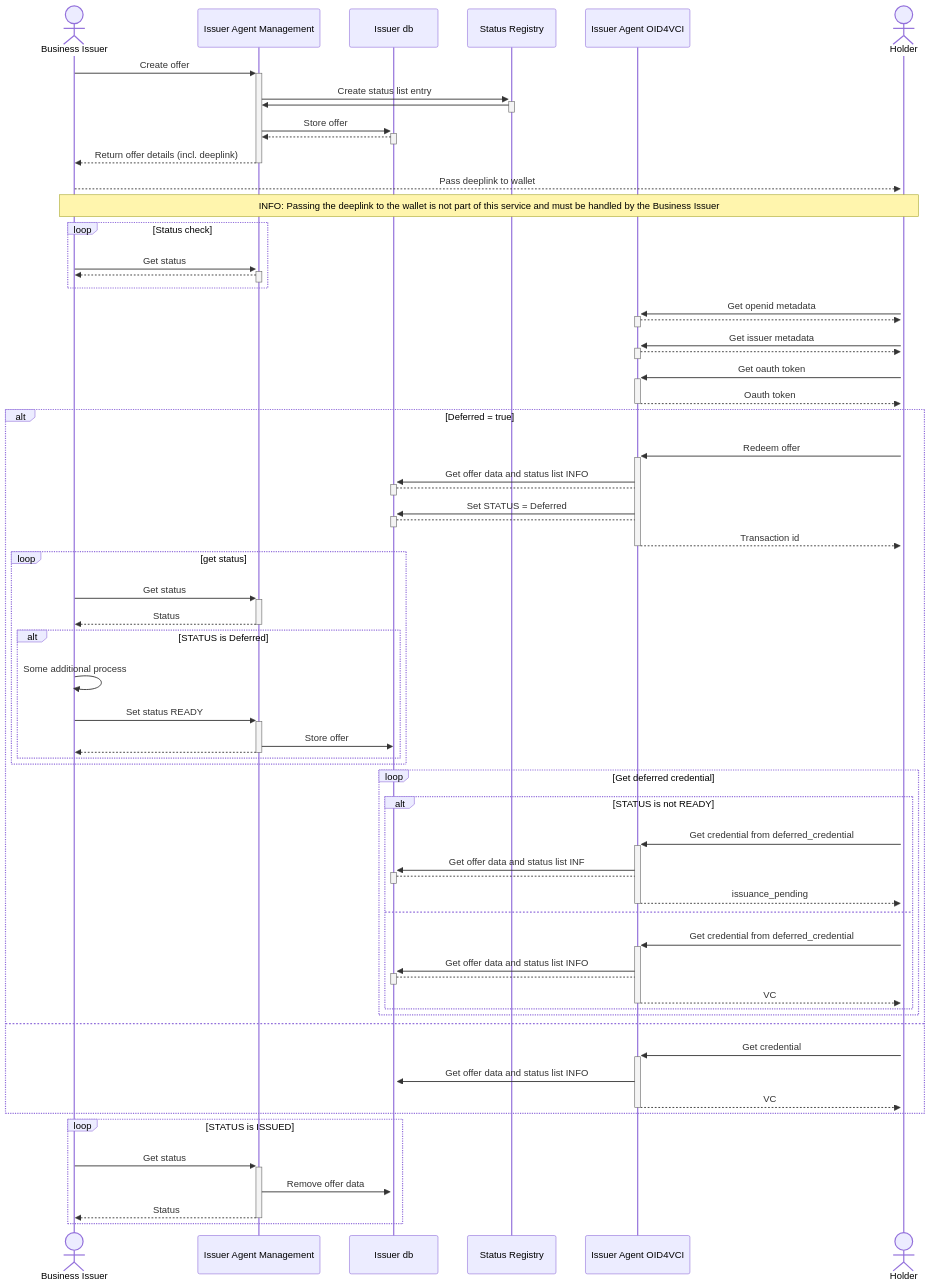
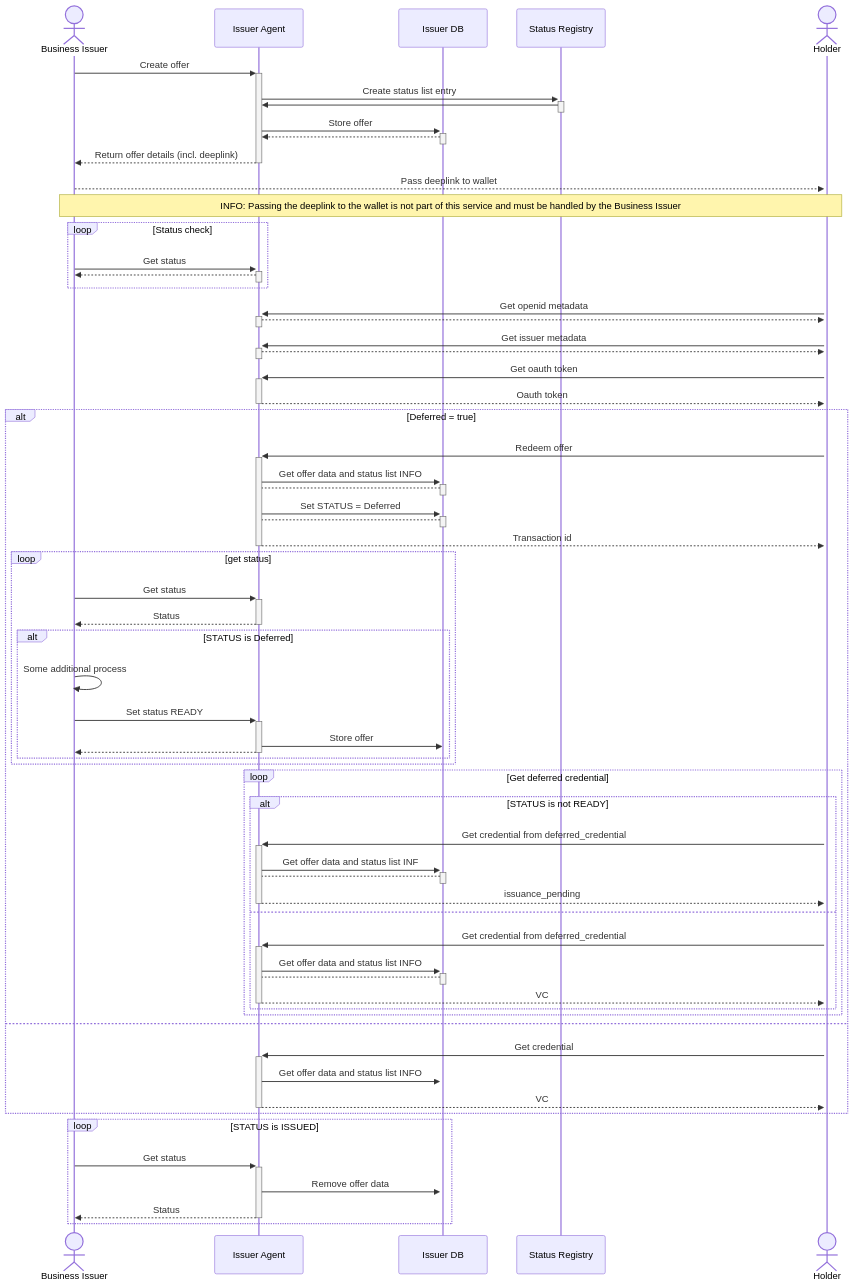
One commit to swiyu-admin-ch/swiyu-issuer changed the third of 4 diagrams in README.md. Above: the diagram before and after it, drawn with Mermaid. The commit also changed other lines of this file, not shown here.

````diff
--- a/README.md
+++ b/README.md
@@ -313,83 +458,82 @@
 sequenceDiagram
     actor BUSINESS as Business Issuer 
 
-    participant MGMT as Issuer Agent Management
-    participant DB as Issuer db
+    participant ISS as Issuer Agent
+    participant DB as Issuer DB
     participant STATUS as Status Registry
-    participant SIGNER as Issuer Agent OID4VCI
 
     actor WALLET as Holder
 
     # Create offer
-    BUSINESS->>+MGMT: Create offer
-    MGMT->>+STATUS: Create status list entry
-    STATUS->>-MGMT: 
-    MGMT->>+DB : Store offer
-    DB-->>-MGMT : 
-    MGMT-->>-BUSINESS : Return offer details (incl. deeplink)
+    BUSINESS->>+ISS: Create offer
+    ISS->>+STATUS: Create status list entry
+    STATUS->>-ISS: 
+    ISS->>+DB : Store offer
+    DB-->>-ISS : 
+    ISS-->>-BUSINESS : Return offer details (incl. deeplink)
 
     # Pass deeplink to WALLET
     BUSINESS-->>+WALLET : Pass deeplink to wallet
     Note over BUSINESS,WALLET: INFO: Passing the deeplink to the wallet is not part of this service and must be handled by the Business Issuer
 
     loop Status check
-        BUSINESS->>+MGMT: Get status
-        MGMT-->>-BUSINESS : 
+        BUSINESS->>+ISS: Get status
+        ISS-->>-BUSINESS : 
     end
 
     # Get credential
-    WALLET->>+SIGNER : Get openid metadata
-    SIGNER-->>-WALLET : 
+    WALLET->>+ISS : Get openid metadata
+    ISS-->>-WALLET : 
 
-    WALLET->>+SIGNER : Get issuer metadata
-    SIGNER-->>-WALLET : 
+    WALLET->>+ISS : Get issuer metadata
+    ISS-->>-WALLET : 
 
-    WALLET->>+SIGNER : Get oauth token
-    SIGNER-->>-WALLET : Oauth token
+    WALLET->>+ISS : Get oauth token
+    ISS-->>-WALLET : Oauth token
 
     alt Deferred = true
-        WALLET->>+SIGNER : Redeem offer
-        SIGNER->>+DB : Get offer data and status list INFO
-        DB-->-SIGNER : 
-        SIGNER->>+DB : Set STATUS = Deferred
-        DB-->-SIGNER : 
-        SIGNER-->>-WALLET : Transaction id
+        WALLET->>+ISS : Redeem offer
+        ISS->>+DB : Get offer data and status list INFO
+        DB-->-ISS : 
+        ISS->>+DB : Set STATUS = Deferred
+        DB-->-ISS : 
+        ISS-->>-WALLET : Transaction id
 
         loop get status
-            BUSINESS->>+MGMT: Get status
-            MGMT-->>-BUSINESS : Status
+            BUSINESS->>+ISS: Get status
+            ISS-->>-BUSINESS : Status
 
             alt STATUS is Deferred
                 BUSINESS->>BUSINESS : Some additional process
-                BUSINESS->>+MGMT : Set status READY
-                MGMT->>DB : Store offer
-                MGMT-->>-BUSINESS : 
+                BUSINESS->>+ISS : Set status READY
+                ISS->>DB : Store offer
+                ISS-->>-BUSINESS : 
             end
         end
 
         loop Get deferred credential
             alt STATUS is not READY
-                WALLET->>+SIGNER: Get credential from deferred_credential
-                SIGNER->>+DB : Get offer data and status list INF
-                DB-->-SIGNER : 
-                SIGNER-->>-WALLET : issuance_pending
+                WALLET->>+ISS: Get credential from deferred_credential
+                ISS->>+DB : Get offer data and status list INF
+                DB-->-ISS : 
+                ISS-->>-WALLET : issuance_pending
             else
-                WALLET->>+SIGNER: Get credential from deferred_credential
-                SIGNER->>+DB : Get offer data and status list INFO
-                DB-->-SIGNER : 
-                SIGNER-->>-WALLET : VC
+                WALLET->>+ISS: Get credential from deferred_credential
+                ISS->>+DB : Get offer data and status list INFO
+                DB-->-ISS : 
+                ISS-->>-WALLET : VC
             end
         end
     else 
-        WALLET->>+SIGNER: Get credential
-        SIGNER->>+DB : Get offer data and status list INFO
-        SIGNER-->>-WALLET : VC
+        WALLET->>+ISS: Get credential
+        ISS->>+DB : Get offer data and status list INFO
+        ISS-->>-WALLET : VC
     end
 
     loop STATUS is ISSUED
-        BUSINESS->>+MGMT: Get status
-        MGMT->>+DB : Remove offer data
-        MGMT-->>-BUSINESS : Status
+        BUSINESS->>+ISS: Get status
+        ISS->>+DB : Remove offer data
+        ISS-->>-BUSINESS : Status
     end
 
 ```
````
